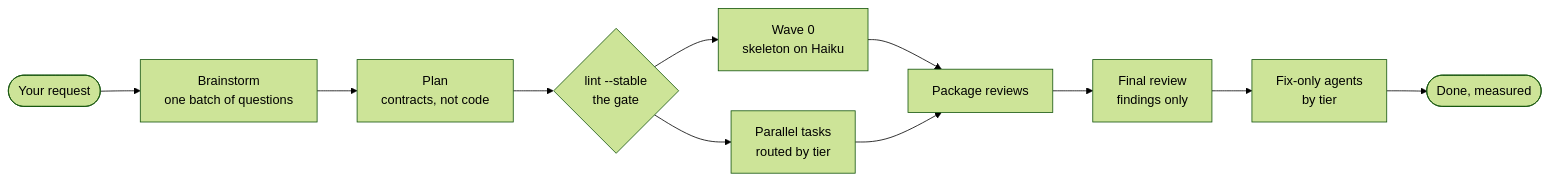
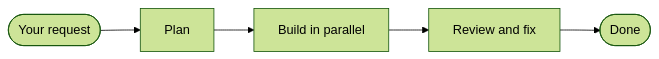
The diagram in README.md (devcomfort/superlite), drawn with Mermaid (forest theme) before and after one commit. The commit also changed other lines of this file and 9 other files, not shown here.

````diff
--- a/README.md
+++ b/README.md
@@ -108,13 +89,7 @@
 ```mermaid
 flowchart LR
-  A([Your request]) --> B[Brainstorm<br/>one batch of questions]
-  B --> C[Plan<br/>contracts, not code]
-  C --> D{"lint --stable<br/>the gate"}
-  D --> E[Wave 0<br/>skeleton on Haiku]
-  D --> F[Parallel tasks<br/>routed by tier]
-  E --> G[Package reviews]
-  F --> G
-  G --> H[Final review<br/>findings only]
-  H --> I[Fix-only agents<br/>by tier]
-  I --> J([Done, measured])
+  A([Your request]) --> B[Plan]
+  B --> C[Build in parallel]
+  C --> D[Review and fix]
+  D --> E([Done])
 ```
````
